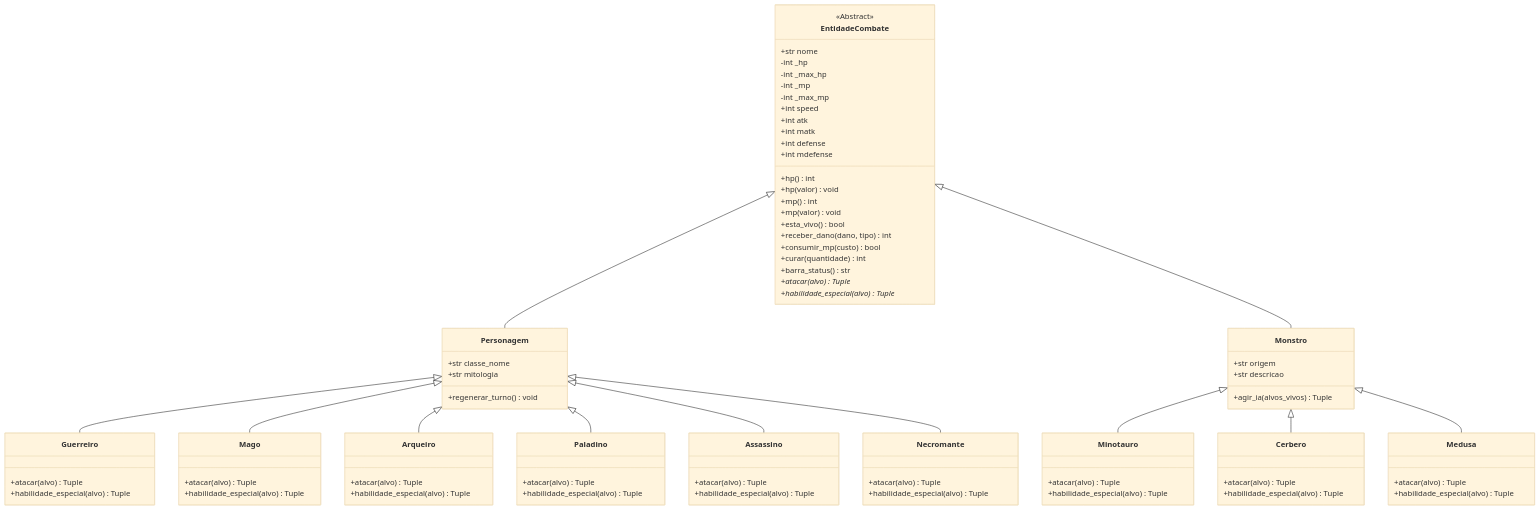
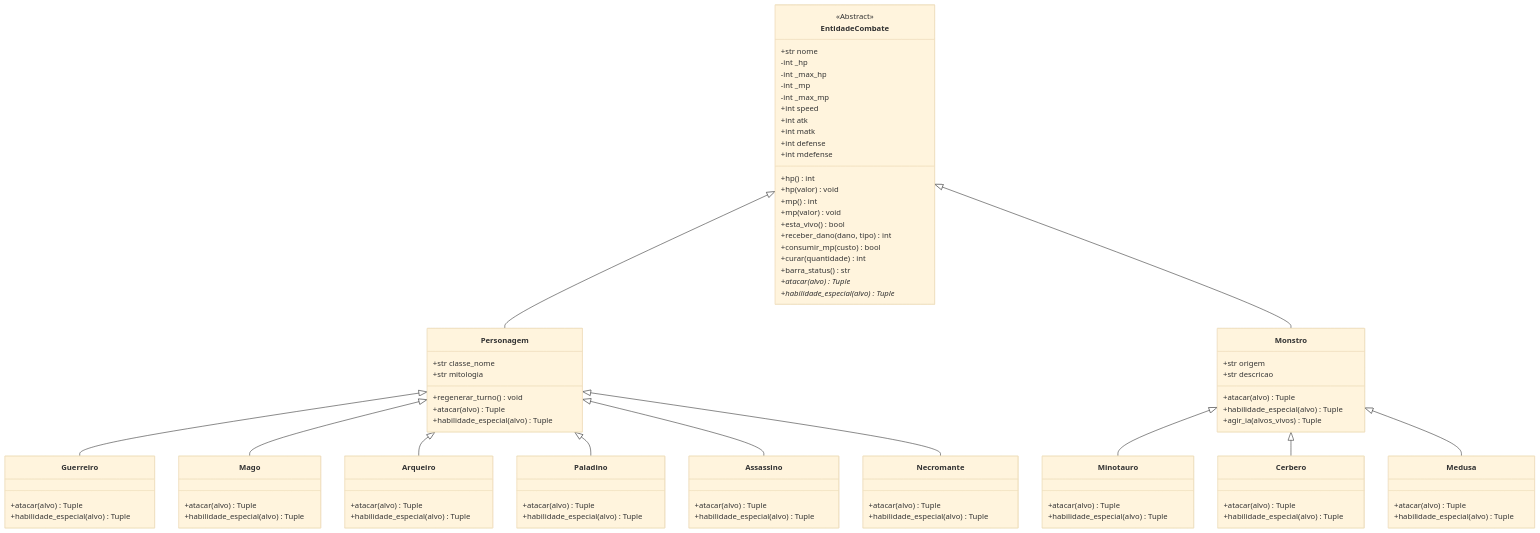
One commit to RodrigoBettio/projeto-cp2-mitologia changed the diagram in README.md. Above: the diagram before and after it, drawn with Mermaid (base theme). The commit also changed other lines of this file, not shown here.

```diff
--- a/README.md
+++ b/README.md
@@ -153,11 +155,15 @@
         +str classe_nome
         +str mitologia
         +regenerar_turno() void
+        +atacar(alvo) Tuple
+        +habilidade_especial(alvo) Tuple
     }
 
     class Monstro {
         +str origem
         +str descricao
+        +atacar(alvo) Tuple
+        +habilidade_especial(alvo) Tuple
         +agir_ia(alvos_vivos) Tuple
     }
 
```
